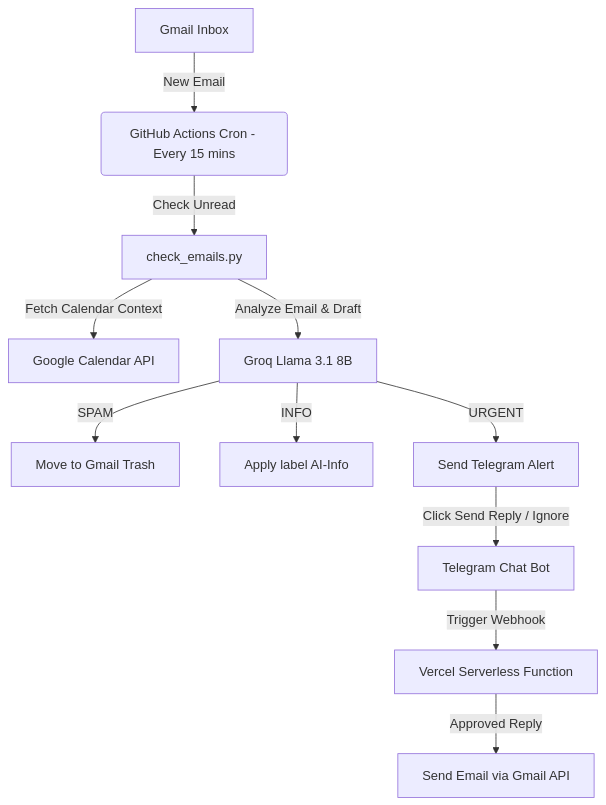
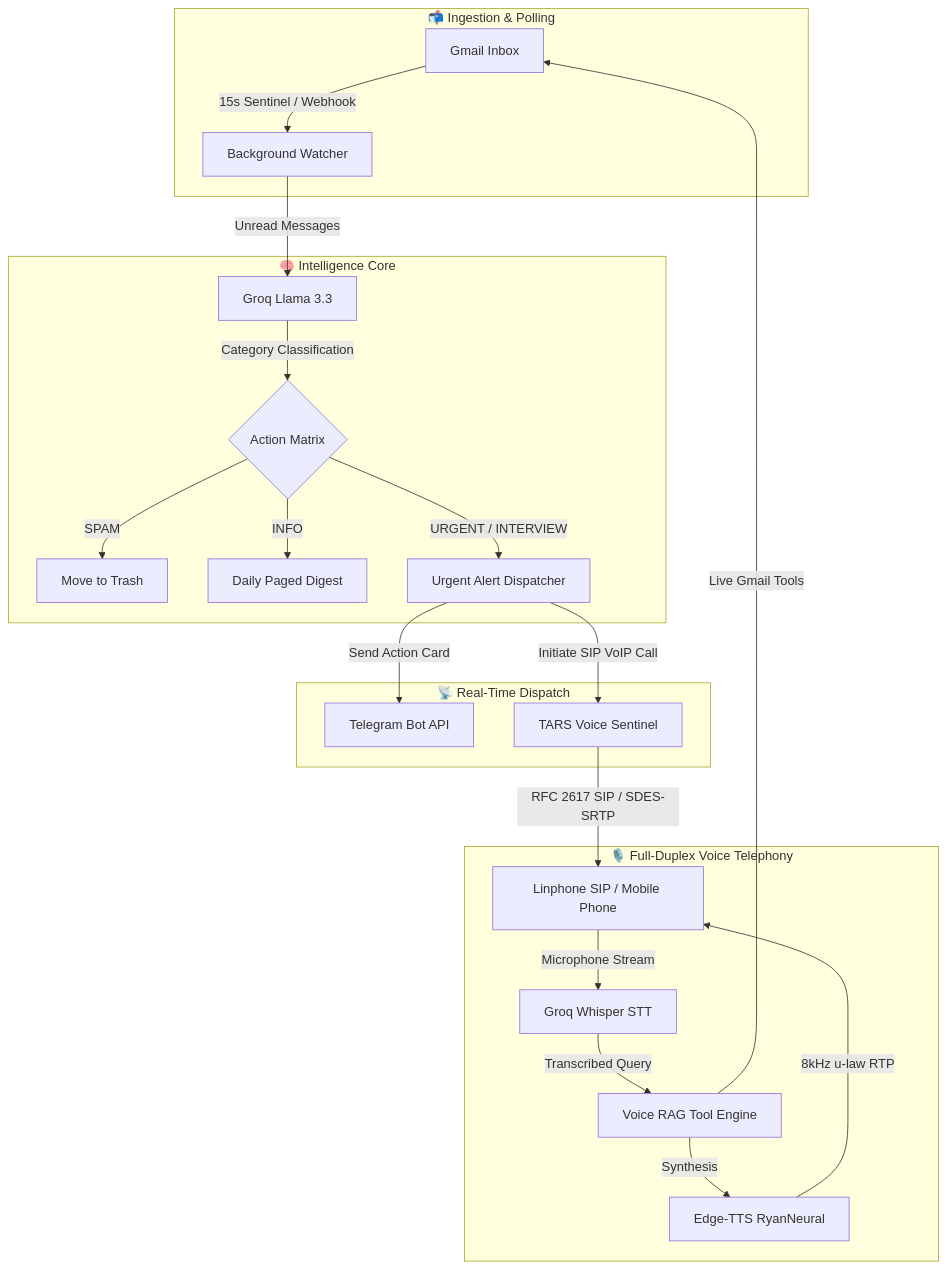
The diagram in README.md (mohammedsuhail0/AI-AGENT-), drawn with Mermaid before and after one commit. The commit also changed other lines of this file and 4 other files, not shown here.

Commit message:
feat: update TARS architecture README, RyanNeural voice persona, and CV profile

````diff
--- a/README.md
+++ b/README.md
@@ -9,15 +52,28 @@
 ```mermaid
-graph TD
-    A[Gmail Inbox] -->|New Email| B(GitHub Actions Cron - Every 15 mins)
-    B -->|Check Unread| C[check_emails.py]
-    C -->|Fetch Calendar Context| D[Google Calendar API]
-    C -->|Analyze Email & Draft| E[Groq Llama 3.1 8B]
-    
-    E -->|SPAM| F[Move to Gmail Trash]
-    E -->|INFO| G[Apply label AI-Info]
-    E -->|URGENT| H[Send Telegram Alert]
-    
-    H -->|Click Send Reply / Ignore| I[Telegram Chat Bot]
-    I -->|Trigger Webhook| J[Vercel Serverless Function]
-    J -->|Approved Reply| K[Send Email via Gmail API]
+flowchart TD
+    subgraph Ingestion["📬 Ingestion & Polling"]
+        A[Gmail Inbox] -->|15s Sentinel / Webhook| B[Background Watcher]
+    end
+
+    subgraph Intelligence["🧠 Intelligence Core"]
+        B -->|Unread Messages| C[Groq Llama 3.3]
+        C -->|Category Classification| D{Action Matrix}
+        D -->|SPAM| E[Move to Trash]
+        D -->|INFO| F[Daily Paged Digest]
+        D -->|URGENT / INTERVIEW| G[Urgent Alert Dispatcher]
+    end
+
+    subgraph MultiChannel["📡 Real-Time Dispatch"]
+        G -->|Send Action Card| H[Telegram Bot API]
+        G -->|Initiate SIP VoIP Call| I[TARS Voice Sentinel]
+    end
+
+    subgraph VoiceEngine["🎙️ Full-Duplex Voice Telephony"]
+        I -->|RFC 2617 SIP / SDES-SRTP| J[Linphone SIP / Mobile Phone]
+        J -->|Microphone Stream| K[Groq Whisper STT]
+        K -->|Transcribed Query| L[Voice RAG Tool Engine]
+        L -->|Live Gmail Tools| A
+        L -->|Synthesis| M[Edge-TTS RyanNeural]
+        M -->|8kHz u-law RTP| J
+    end
 ```
````
